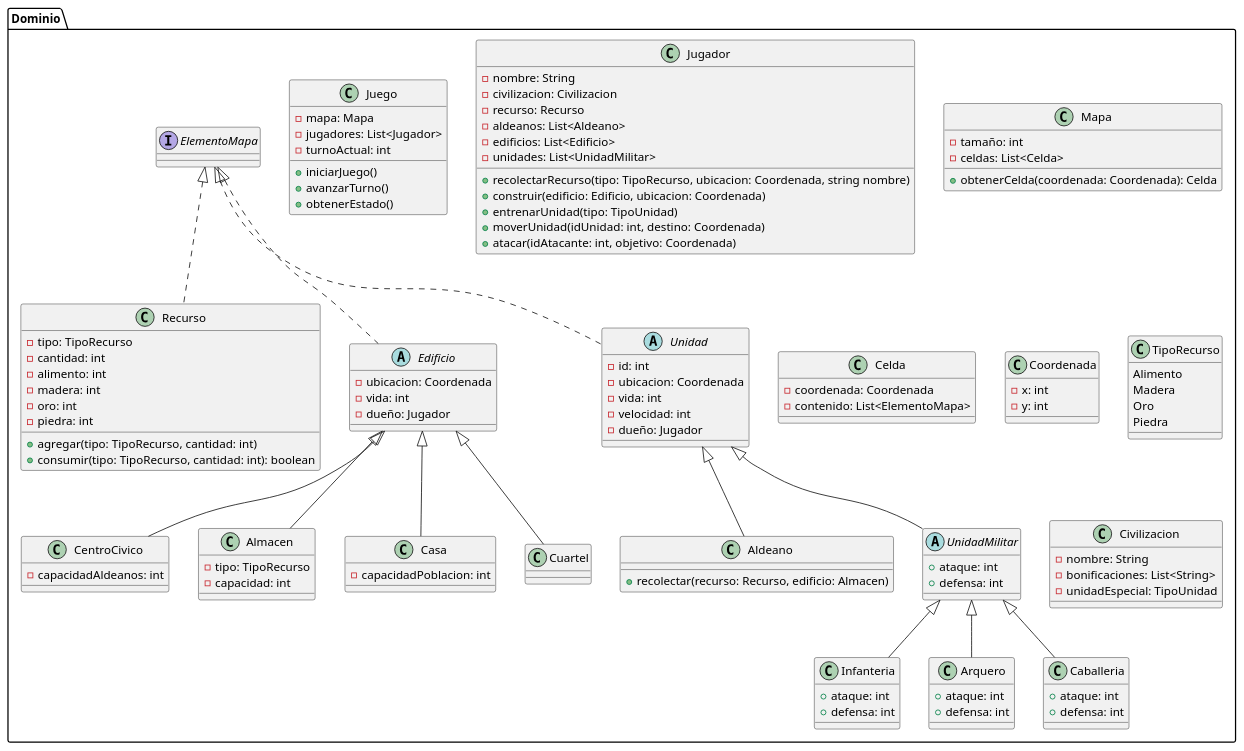
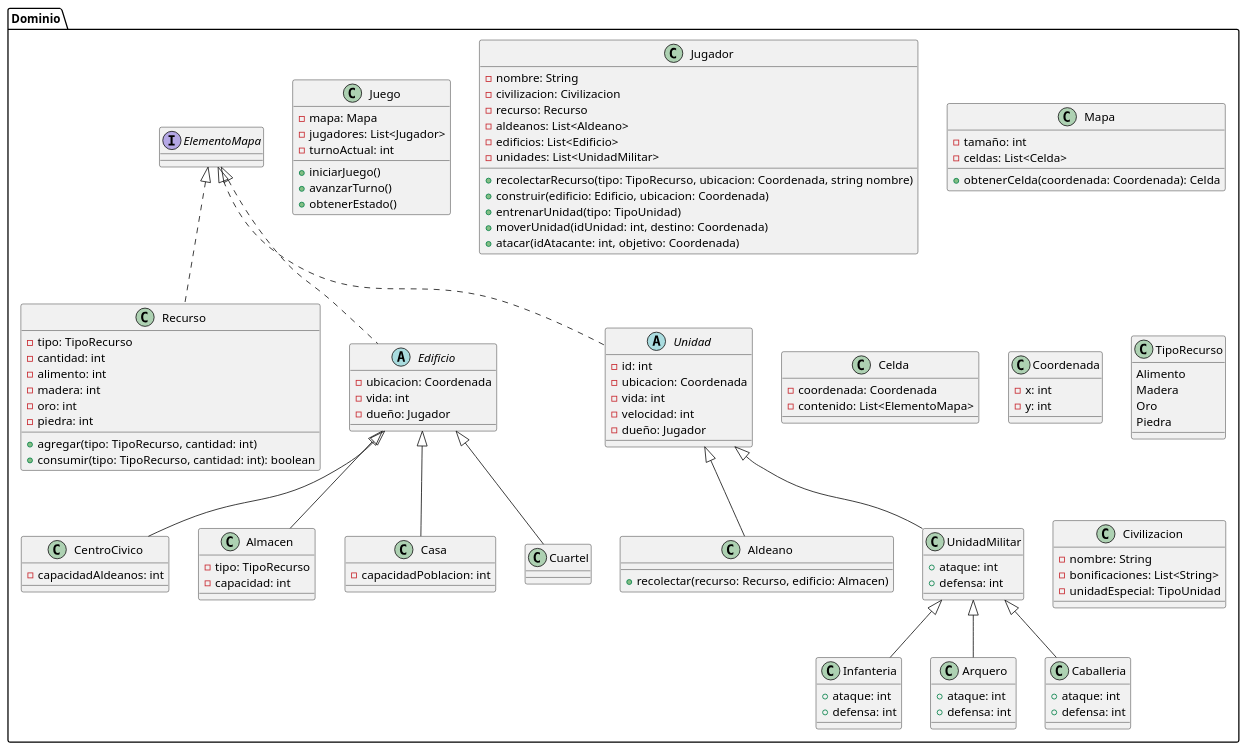
The diagram in src/scratch.puml (mcaetano7/proyectop22025), drawn with PlantUML before and after one commit.

Commit message:
UnidadMilitar deja de ser abstracta

```diff
--- a/src/scratch.puml
+++ b/src/scratch.puml
@@ -1,132 +1,132 @@
 @startuml PIIProyecto2025
 
 ' Paquete principal
 package "Dominio" {
     
     class Juego {
         - mapa: Mapa
         - jugadores: List<Jugador>
         - turnoActual: int
         + iniciarJuego()
         + avanzarTurno()
         + obtenerEstado()
     }
 
     class Jugador {
         - nombre: String
         - civilizacion: Civilizacion
         - recurso: Recurso
         - aldeanos: List<Aldeano>
         - edificios: List<Edificio>
         - unidades: List<UnidadMilitar>
         + recolectarRecurso(tipo: TipoRecurso, ubicacion: Coordenada, string nombre)
         + construir(edificio: Edificio, ubicacion: Coordenada)
         + entrenarUnidad(tipo: TipoUnidad)
         + moverUnidad(idUnidad: int, destino: Coordenada)
         + atacar(idAtacante: int, objetivo: Coordenada)
     }
 
     class Mapa {
         - tamaño: int
         - celdas: List<Celda>
         + obtenerCelda(coordenada: Coordenada): Celda
     }
 
     class Celda {
         - coordenada: Coordenada
         - contenido: List<ElementoMapa>
     }
 
     class Coordenada {
         - x: int
         - y: int
     }
 
     interface ElementoMapa {
     }
 
     class Recurso implements ElementoMapa {
         - tipo: TipoRecurso
         - cantidad: int
     }
 
     class TipoRecurso {
         Alimento
         Madera
         Oro
         Piedra
     }
 
     class Recurso {
         - alimento: int
         - madera: int
         - oro: int
         - piedra: int
         + agregar(tipo: TipoRecurso, cantidad: int)
         + consumir(tipo: TipoRecurso, cantidad: int): boolean
     }
 
     class Civilizacion {
         - nombre: String
         - bonificaciones: List<String>
         - unidadEspecial: TipoUnidad
     }
 
     abstract class Edificio implements ElementoMapa {
         - ubicacion: Coordenada
         - vida: int
         - dueño: Jugador
     }
 
     class CentroCivico extends Edificio {
         - capacidadAldeanos: int
     }
 
     class Almacen extends Edificio {
         - tipo: TipoRecurso
         - capacidad: int
     }
 
     class Casa extends Edificio {
         - capacidadPoblacion: int
     }
 
     class Cuartel extends Edificio {
     }
 
     abstract class Unidad implements ElementoMapa {
         - id: int
         - ubicacion: Coordenada
         - vida: int
         - velocidad: int
         - dueño: Jugador
     }
 
     class Aldeano extends Unidad {
         + recolectar(recurso: Recurso, edificio: Almacen)
     }
 
-    abstract class UnidadMilitar extends Unidad {
+    class UnidadMilitar extends Unidad {
         + ataque: int
         + defensa: int
     }
 
     class Infanteria extends UnidadMilitar {
         + ataque: int 
         + defensa: int
     
     }
 
     class Arquero extends UnidadMilitar {
         + ataque: int 
         + defensa: int 
     }
 
     class Caballeria extends UnidadMilitar {
         + ataque: int 
         + defensa: int 
     }
 
 }
 
 @enduml
```
